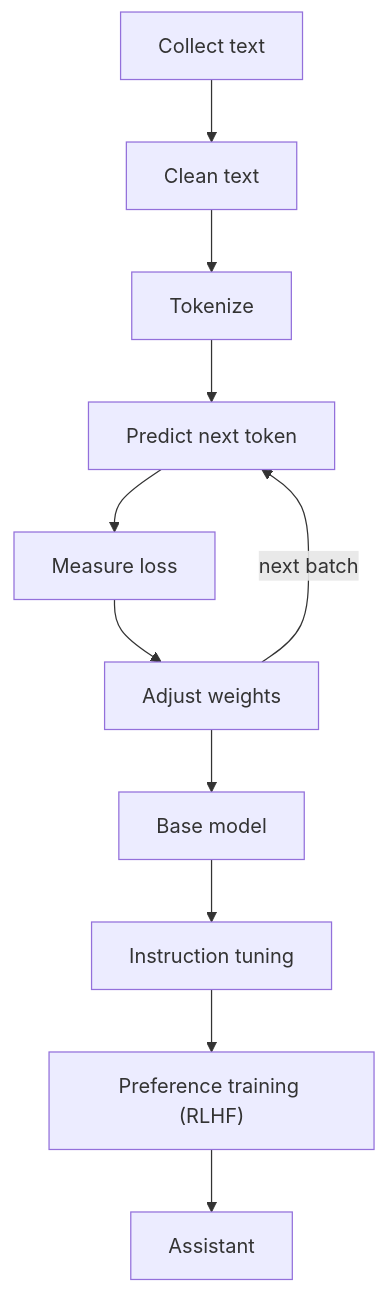
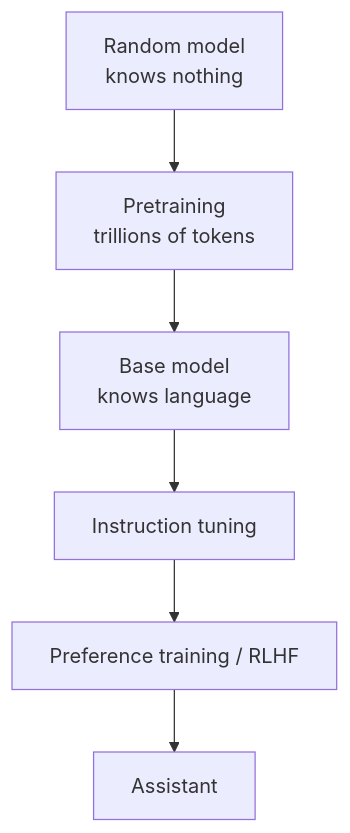
Before and after one commit to kaisarnajar/outcome-school-blogs: the first of 2 diagrams in notes/step-07-training-fine-tuning-and-alignment/082-llm-pretraining.md, drawn with Mermaid. The commit also changed other lines of this file and 233 other files, not shown here.

````diff
--- a/notes/step-07-training-fine-tuning-and-alignment/082-llm-pretraining.md
+++ b/notes/step-07-training-fine-tuning-and-alignment/082-llm-pretraining.md
@@ -52,13 +60,8 @@
 ```mermaid
 flowchart TD
-    A["Collect text"] --> B["Clean text"]
-    B --> C["Tokenize"]
-    C --> D["Predict next token"]
-    D --> E["Measure loss"]
-    E --> F["Adjust weights"]
-    F -->|"next batch"| D
-    F --> G["Base model"]
-    G --> H["Instruction tuning"]
-    H --> I["Preference training (RLHF)"]
-    I --> J["Assistant"]
+A1["Random model<br/>knows nothing"] --> B1["Pretraining<br/>trillions of tokens"]
+B1 --> C1["Base model<br/>knows language"]
+C1 --> D1["Instruction tuning"]
+D1 --> E1["Preference training / RLHF"]
+E1 --> F1["Assistant"]
 ```
````
